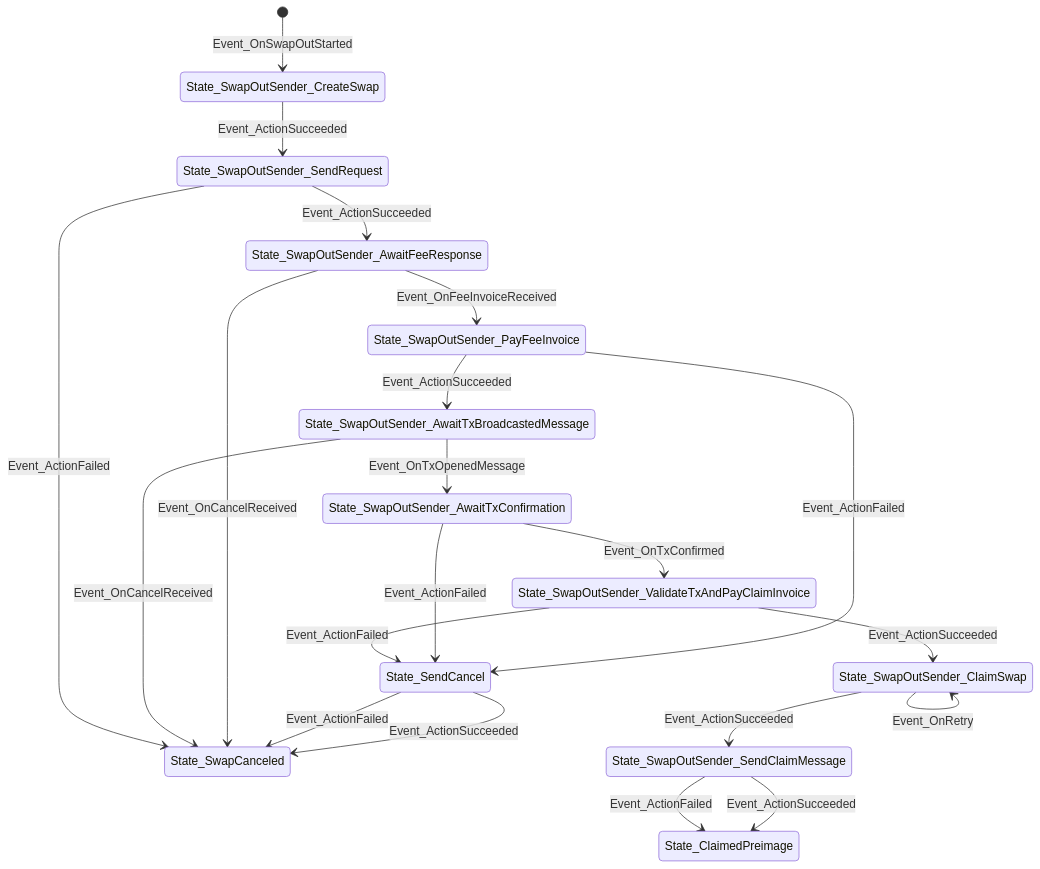
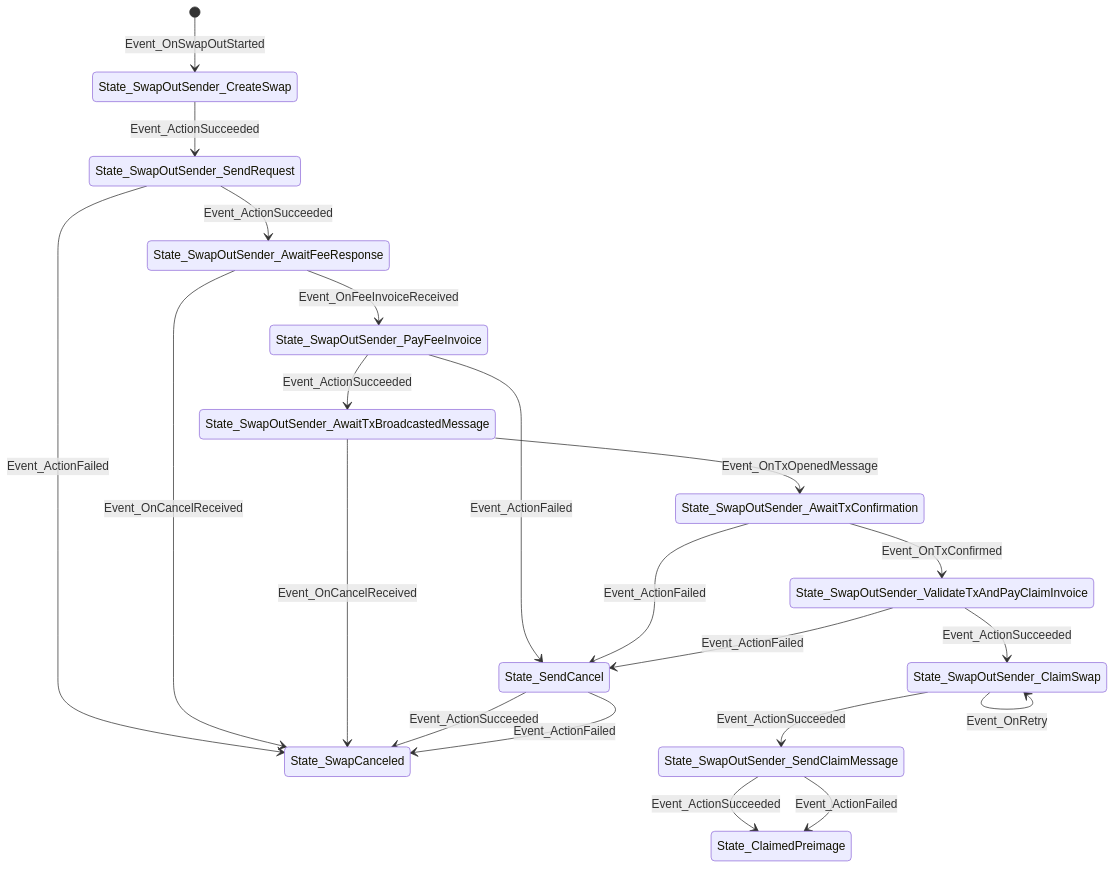
The diagram in docs/states_swapout_sender.md (ElementsProject/peerswap), drawn with Mermaid before and after one commit. The commit also changed other lines of this file and 8 other files, not shown here.

Commit message:
rework swap in sender

````diff
--- a/docs/states_swapout_sender.md
+++ b/docs/states_swapout_sender.md
@@ -1,35 +1,35 @@
 ```mermaid
 stateDiagram-v2
+State_SwapOutSender_SendRequest
+State_SwapOutSender_SendRequest --> State_SwapCanceled: Event_ActionFailed
+State_SwapOutSender_SendRequest --> State_SwapOutSender_AwaitFeeResponse: Event_ActionSucceeded
+State_SwapOutSender_AwaitFeeResponse
+State_SwapOutSender_AwaitFeeResponse --> State_SwapCanceled: Event_OnCancelReceived
+State_SwapOutSender_AwaitFeeResponse --> State_SwapOutSender_PayFeeInvoice: Event_OnFeeInvoiceReceived
+State_SwapOutSender_AwaitTxBroadcastedMessage
+State_SwapOutSender_AwaitTxBroadcastedMessage --> State_SwapCanceled: Event_OnCancelReceived
+State_SwapOutSender_AwaitTxBroadcastedMessage --> State_SwapOutSender_AwaitTxConfirmation: Event_OnTxOpenedMessage
+State_SwapOutSender_SendClaimMessage
+State_SwapOutSender_SendClaimMessage --> State_ClaimedPreimage: Event_ActionSucceeded
+State_SwapOutSender_SendClaimMessage --> State_ClaimedPreimage: Event_ActionFailed
+State_SwapCanceled
+State_ClaimedPreimage
+State_SwapOutSender_CreateSwap
+State_SwapOutSender_CreateSwap --> State_SwapOutSender_SendRequest: Event_ActionSucceeded
 State_SwapOutSender_PayFeeInvoice
 State_SwapOutSender_PayFeeInvoice --> State_SendCancel: Event_ActionFailed
 State_SwapOutSender_PayFeeInvoice --> State_SwapOutSender_AwaitTxBroadcastedMessage: Event_ActionSucceeded
 State_SendCancel
 State_SendCancel --> State_SwapCanceled: Event_ActionSucceeded
 State_SendCancel --> State_SwapCanceled: Event_ActionFailed
 State_SwapOutSender_AwaitTxConfirmation
 State_SwapOutSender_AwaitTxConfirmation --> State_SendCancel: Event_ActionFailed
 State_SwapOutSender_AwaitTxConfirmation --> State_SwapOutSender_ValidateTxAndPayClaimInvoice: Event_OnTxConfirmed
-State_ClaimedPreimage
-State_SwapOutSender_CreateSwap
-State_SwapOutSender_CreateSwap --> State_SwapOutSender_SendRequest: Event_ActionSucceeded
-State_SwapOutSender_AwaitFeeResponse
-State_SwapOutSender_AwaitFeeResponse --> State_SwapOutSender_PayFeeInvoice: Event_OnFeeInvoiceReceived
-State_SwapOutSender_AwaitFeeResponse --> State_SwapCanceled: Event_OnCancelReceived
-State_SwapOutSender_AwaitTxBroadcastedMessage
-State_SwapOutSender_AwaitTxBroadcastedMessage --> State_SwapCanceled: Event_OnCancelReceived
-State_SwapOutSender_AwaitTxBroadcastedMessage --> State_SwapOutSender_AwaitTxConfirmation: Event_OnTxOpenedMessage
 State_SwapOutSender_ValidateTxAndPayClaimInvoice
+State_SwapOutSender_ValidateTxAndPayClaimInvoice --> State_SendCancel: Event_ActionFailed
 State_SwapOutSender_ValidateTxAndPayClaimInvoice --> State_SwapOutSender_ClaimSwap: Event_ActionSucceeded
-State_SwapOutSender_ValidateTxAndPayClaimInvoice --> State_SendCancel: Event_ActionFailed
 State_SwapOutSender_ClaimSwap
 State_SwapOutSender_ClaimSwap --> State_SwapOutSender_SendClaimMessage: Event_ActionSucceeded
 State_SwapOutSender_ClaimSwap --> State_SwapOutSender_ClaimSwap: Event_OnRetry
-State_SwapOutSender_SendClaimMessage
-State_SwapOutSender_SendClaimMessage --> State_ClaimedPreimage: Event_ActionSucceeded
-State_SwapOutSender_SendClaimMessage --> State_ClaimedPreimage: Event_ActionFailed
-State_SwapCanceled
 [*] --> State_SwapOutSender_CreateSwap: Event_OnSwapOutStarted
-State_SwapOutSender_SendRequest
-State_SwapOutSender_SendRequest --> State_SwapCanceled: Event_ActionFailed
-State_SwapOutSender_SendRequest --> State_SwapOutSender_AwaitFeeResponse: Event_ActionSucceeded
 ```
````
